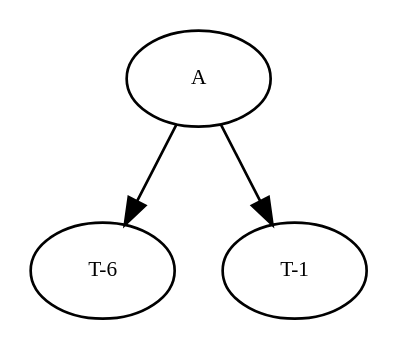
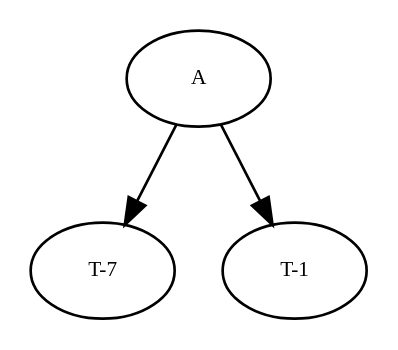
One commit to amso100/livescript-declarations changed the diagram in graphs/dg.dot. Above: the diagram before and after it, drawn with Graphviz. The commit also changed 4 other files, not shown here.

```diff
--- a/graphs/dg.dot
+++ b/graphs/dg.dot
@@ -1,24 +1,24 @@
 digraph RGL__DirectedAdjacencyGraph {
     A [
         fontsize = 8,
         label = A
     ]
 
-    "T-6" [
+    "T-7" [
         fontsize = 8,
-        label = "T-6"
+        label = "T-7"
     ]
 
     "T-1" [
         fontsize = 8,
         label = "T-1"
     ]
 
-    A -> "T-6" [
+    A -> "T-7" [
         fontsize = 8
     ]
 
     A -> "T-1" [
         fontsize = 8
     ]
 }
```
